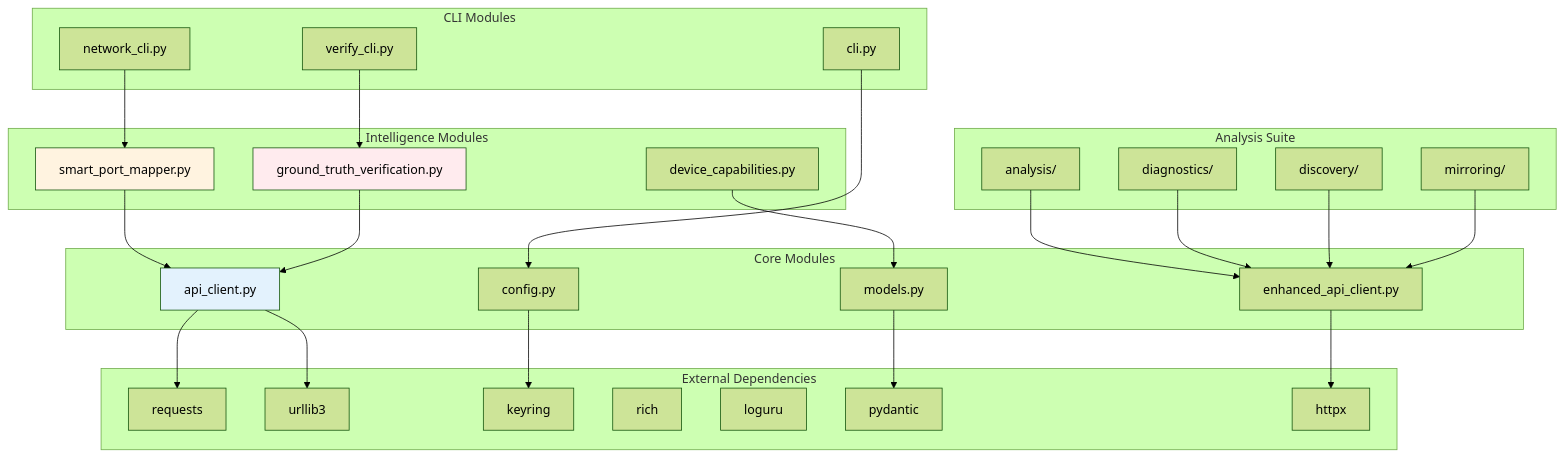
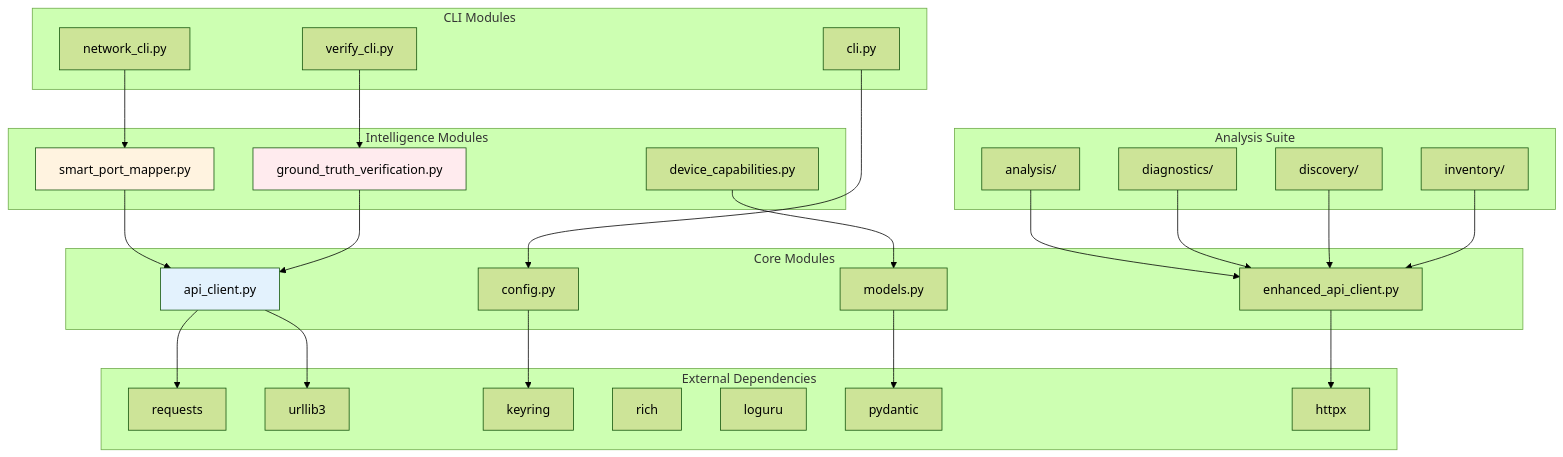
Diagram 22 of 27 in docs/architecture-and-codemap.md (NetDevAutomate/unifi_port_mapper), drawn with Mermaid (forest theme) before and after one commit. The commit also changed other lines of this file and 2 other files, not shown here.

````diff
--- a/docs/architecture-and-codemap.md
+++ b/docs/architecture-and-codemap.md
@@ -968,43 +968,43 @@
 ```mermaid
 graph TB
     subgraph "External Dependencies"
         A[requests]
         B[urllib3]
         C[keyring]
         D[rich]
         E[loguru]
         F[pydantic]
         G[httpx]
     end
 
     subgraph "Core Modules"
         H[api_client.py] --> A
         H --> B
         I[config.py] --> C
         J[models.py] --> F
         K[enhanced_api_client.py] --> G
     end
 
     subgraph "Intelligence Modules"
         L[smart_port_mapper.py] --> H
         M[device_capabilities.py] --> J
         N[ground_truth_verification.py] --> H
     end
 
     subgraph "CLI Modules"
         O[cli.py] --> I
         P[network_cli.py] --> L
         Q[verify_cli.py] --> N
     end
 
     subgraph "Analysis Suite"
         R[analysis/] --> K
         S[diagnostics/] --> K
         T[discovery/] --> K
-        U[mirroring/] --> K
+        U[inventory/] --> K
     end
 
     style H fill:#e3f2fd
     style L fill:#fff3e0
     style N fill:#ffebee
 ```
````
